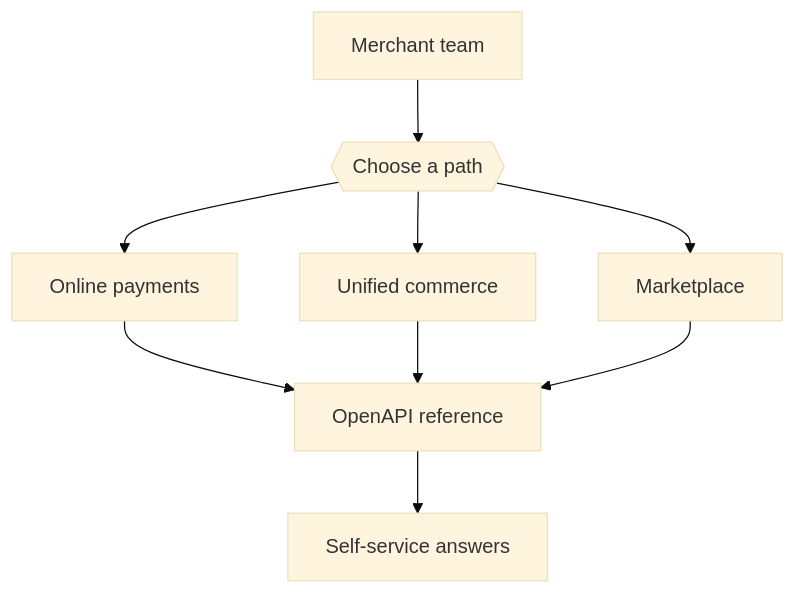
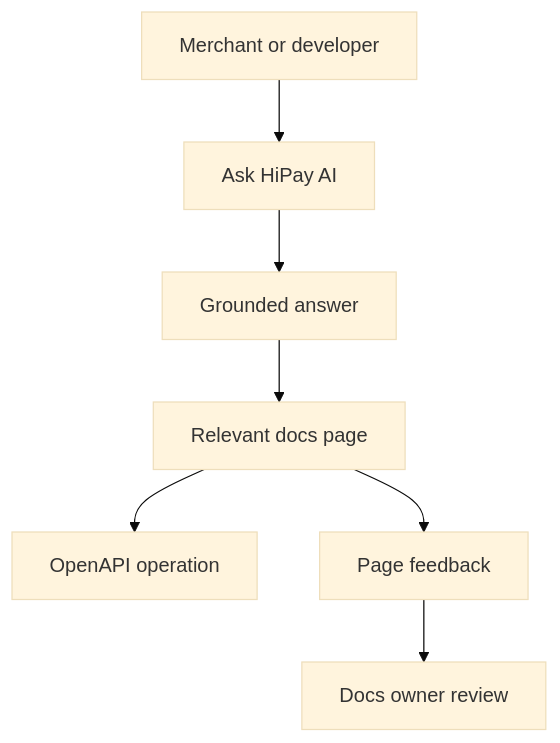
The diagram in home/README.md (gitbook-demo-sites/hipay-demo-site-20260722), drawn with Mermaid (base theme) before and after one commit. The commit also changed other lines of this file and 12 other files, not shown here.

````diff
--- a/home/README.md
+++ b/home/README.md
@@ -37,11 +37,9 @@
 ```mermaid
 flowchart TD
-    Merchant[Merchant team] --> Path{{Choose a path}}
-    Path --> Online[Online payments]
-    Path --> Store[Unified commerce]
-    Path --> Market[Marketplace]
-    Online --> API[OpenAPI reference]
-    Store --> API
-    Market --> API
-    API --> SelfServe[Self-service answers]
+    Visitor[Merchant or developer] --> AI[Ask HiPay AI]
+    AI --> Answer[Grounded answer]
+    Answer --> Docs[Relevant docs page]
+    Docs --> API[OpenAPI operation]
+    Docs --> Feedback[Page feedback]
+    Feedback --> Editor[Docs owner review]
 ```
````
